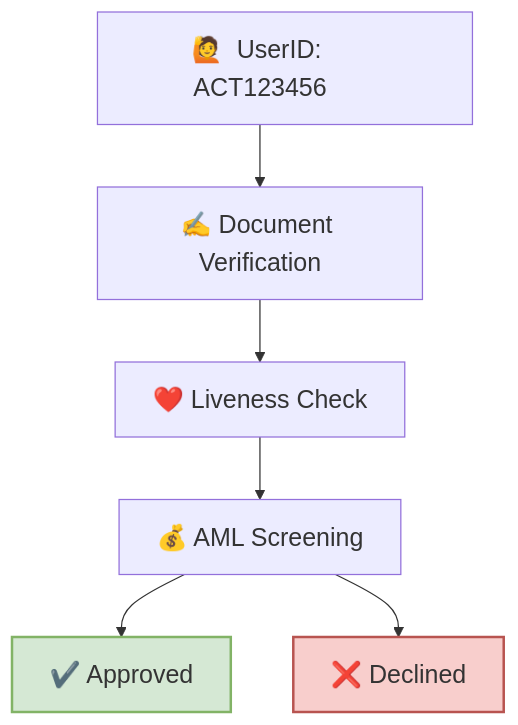
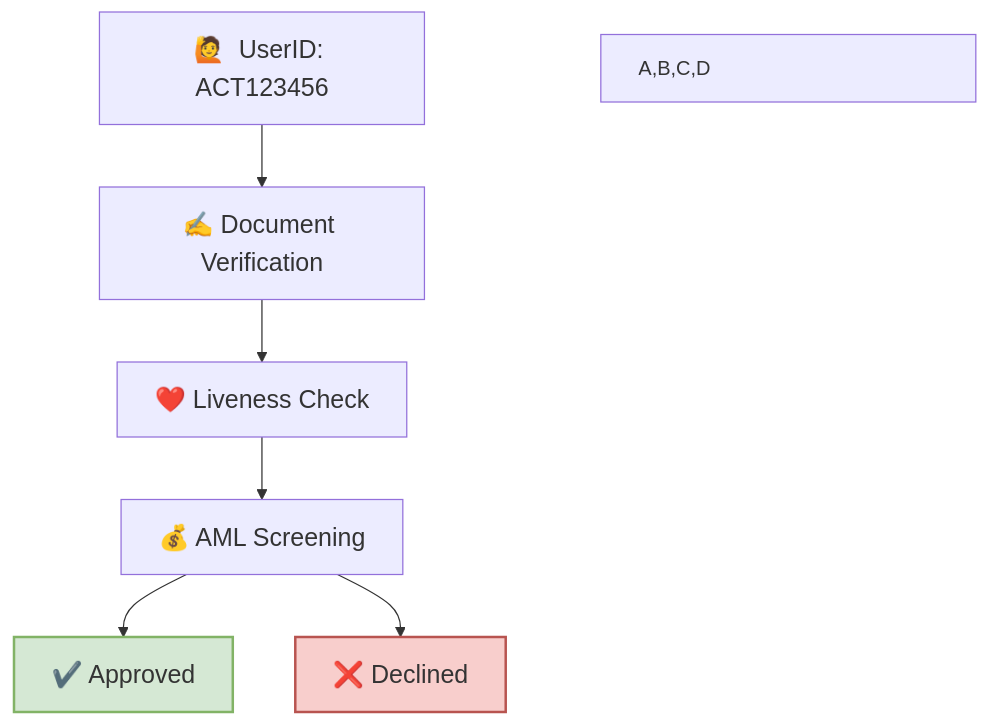
The diagram in id/id.mdx (Fantastic-Devs/Mintlify), drawn with Mermaid before and after one commit.

````diff
--- a/id/id.mdx
+++ b/id/id.mdx
@@ -17,27 +17,27 @@
 ```mermaid
 
 graph TB;
     A["🙋  UserID: ACT123456"];
     B["✍ Document Verification"];
     C["❤️ Liveness Check"];
     D["💰 AML Screening"];
     E["✔️ Approved"];
     F["❌ Declined"];
     A--> B;
     B--> C;
     C--> D;
     D--> E & F;
 
     classDef largeText font-size:20px;
     class A largeText;
     class B largeText;
     class C largeText;
     class D largeText;
     class E largeText;
     class F largeText;
 
-    style A width:300px
+    style A,B,C,D width:300px
     style E fill:#d5e8d4,stroke:#82b366,stroke-width:2px
     style F fill:#f8cecc,stroke:#b85450,stroke-width:2px
 
 ```
````
